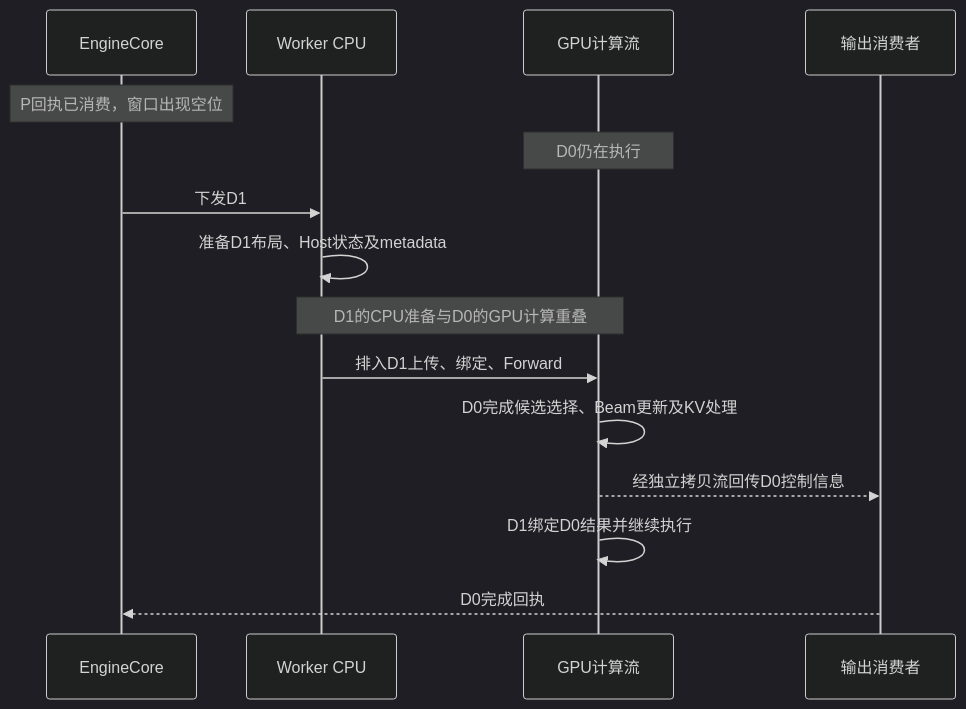
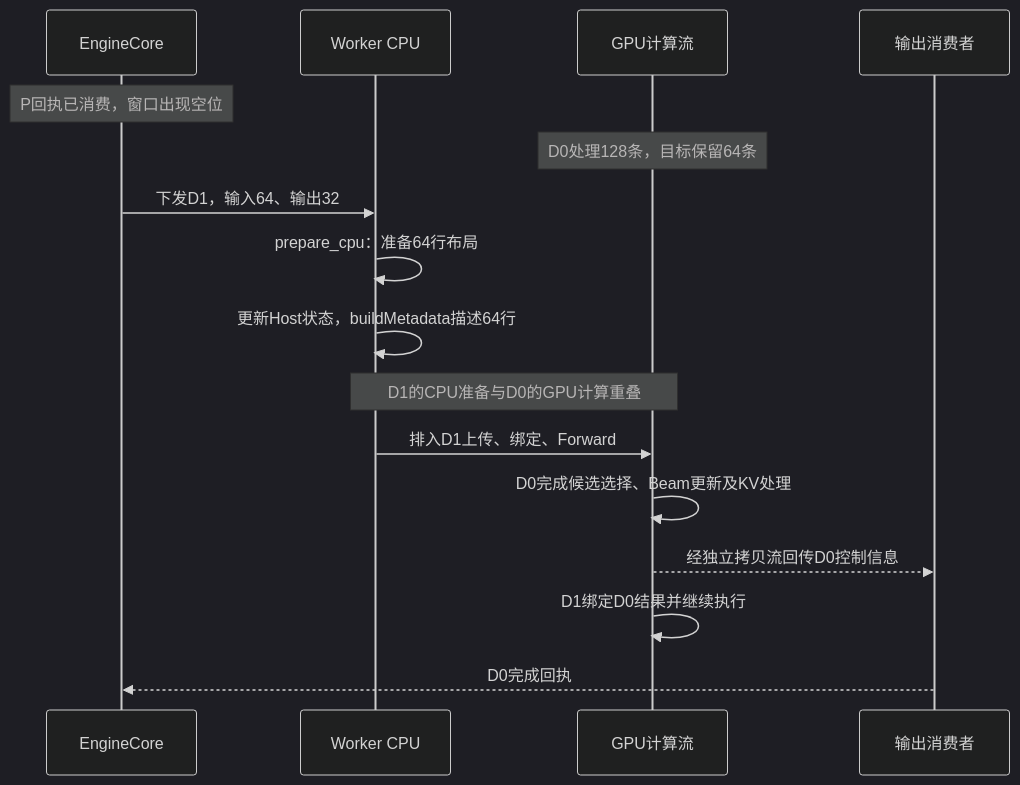
Before and after one commit to zhanghanleo10/gr-related: the third of 6 diagrams in GR/async_scheduling_cpu_gpu_overlap_guide.md, drawn with Mermaid (dark theme). The commit also changed other lines of this file, not shown here.

````diff
--- a/GR/async_scheduling_cpu_gpu_overlap_guide.md
+++ b/GR/async_scheduling_cpu_gpu_overlap_guide.md
@@ -309,17 +407,18 @@
 ```mermaid
 sequenceDiagram
     participant E as EngineCore
     participant C as Worker CPU
     participant G as GPU计算流
     participant O as 输出消费者
     Note over E: P回执已消费，窗口出现空位
-    Note over G: D0仍在执行
-    E->>C: 下发D1
-    C->>C: 准备D1布局、Host状态及metadata
+    Note over G: D0处理128条，目标保留64条
+    E->>C: 下发D1，输入64、输出32
+    C->>C: prepare_cpu：准备64行布局
+    C->>C: 更新Host状态，buildMetadata描述64行
     Note over C,G: D1的CPU准备与D0的GPU计算重叠
     C->>G: 排入D1上传、绑定、Forward
     G->>G: D0完成候选选择、Beam更新及KV处理
     G-->>O: 经独立拷贝流回传D0控制信息
     G->>G: D1绑定D0结果并继续执行
     O-->>E: D0完成回执
 ```
````
